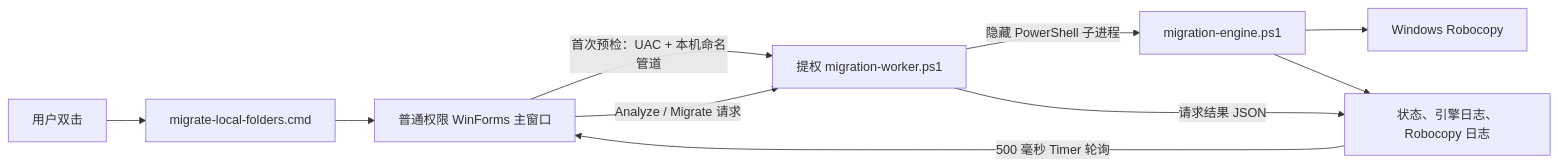
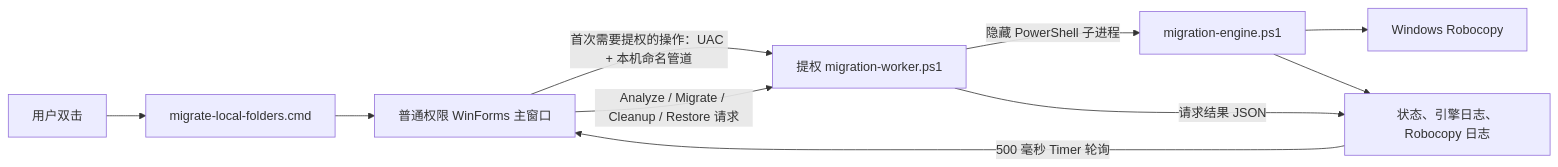
The diagram in PROJECT_OVERVIEW.md (FaQxD233/mklinktool), drawn with Mermaid before and after one commit. The commit also changed other lines of this file and 8 other files, not shown here.

````diff
--- a/PROJECT_OVERVIEW.md
+++ b/PROJECT_OVERVIEW.md
@@ -28,12 +31,12 @@
 ```mermaid
 flowchart LR
     U[用户双击] --> CMD[migrate-local-folders.cmd]
     CMD --> UI[普通权限 WinForms 主窗口]
-    UI -->|首次预检：UAC + 本机命名管道| W[提权 migration-worker.ps1]
-    UI -->|Analyze / Migrate 请求| W
+    UI -->|首次需要提权的操作：UAC + 本机命名管道| W[提权 migration-worker.ps1]
+    UI -->|Analyze / Migrate / Cleanup / Restore 请求| W
     W -->|隐藏 PowerShell 子进程| E[migration-engine.ps1]
     E --> R[Windows Robocopy]
     E --> S[状态、引擎日志、Robocopy 日志]
     W -->|请求结果 JSON| S
     S -->|500 毫秒 Timer 轮询| UI
 ```
````
